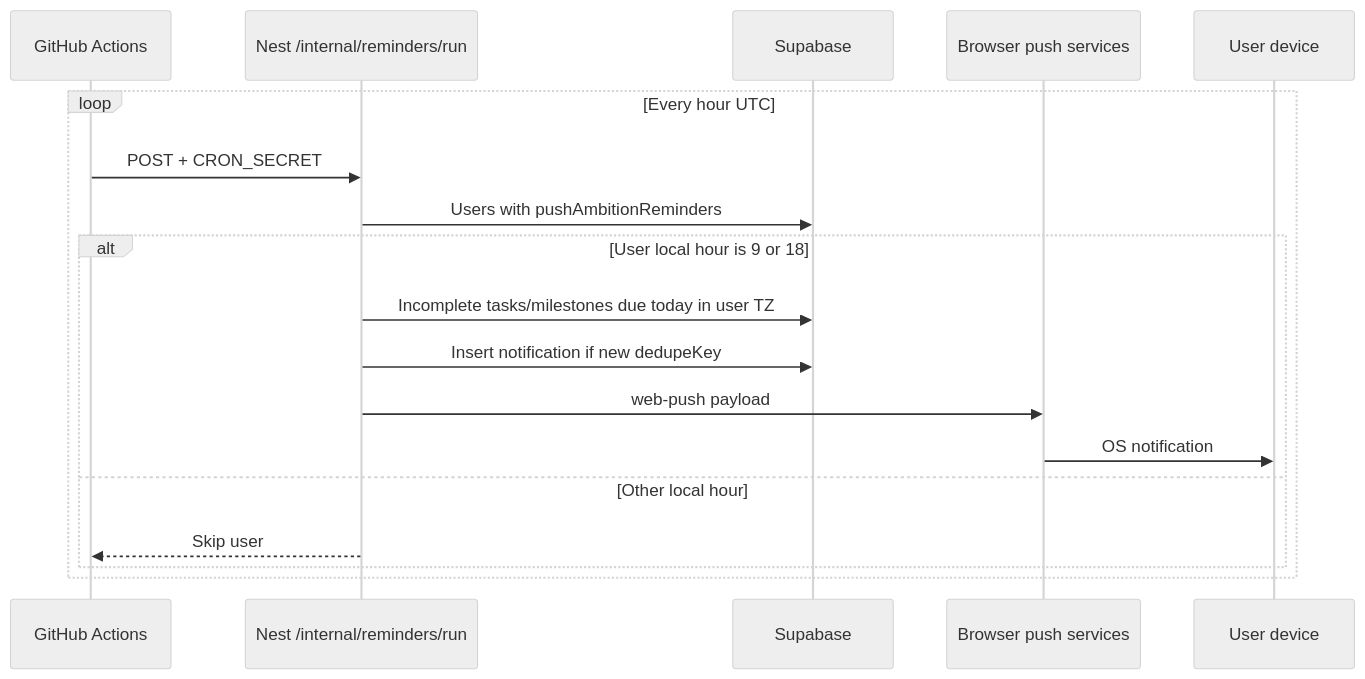
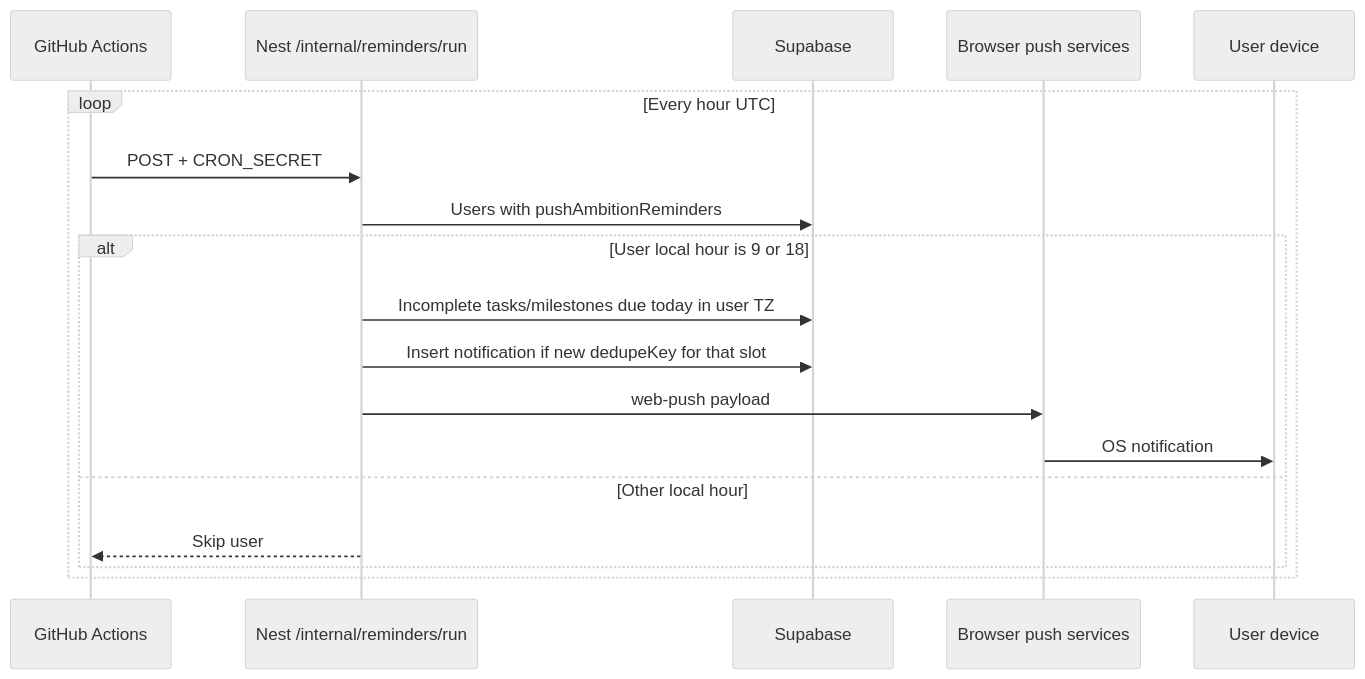
The third of 4 diagrams in apps/backend/docs/notifications-cron.md (hemants1703/AmbitiousYou), drawn with Mermaid (neutral theme) before and after one commit. The commit also changed other lines of this file, not shown here.

````diff
--- a/apps/backend/docs/notifications-cron.md
+++ b/apps/backend/docs/notifications-cron.md
@@ -93,21 +101,21 @@
 ```mermaid
 sequenceDiagram
   participant GA as GitHub Actions
   participant API as Nest /internal/reminders/run
   participant DB as Supabase
   participant Push as Browser push services
   participant Device as User device
 
   loop Every hour UTC
     GA->>API: POST + CRON_SECRET
     API->>DB: Users with pushAmbitionReminders
     alt User local hour is 9 or 18
       API->>DB: Incomplete tasks/milestones due today in user TZ
-      API->>DB: Insert notification if new dedupeKey
+      API->>DB: Insert notification if new dedupeKey for that slot
       API->>Push: web-push payload
       Push->>Device: OS notification
     else Other local hour
       API-->>GA: Skip user
     end
   end
 ```
````
